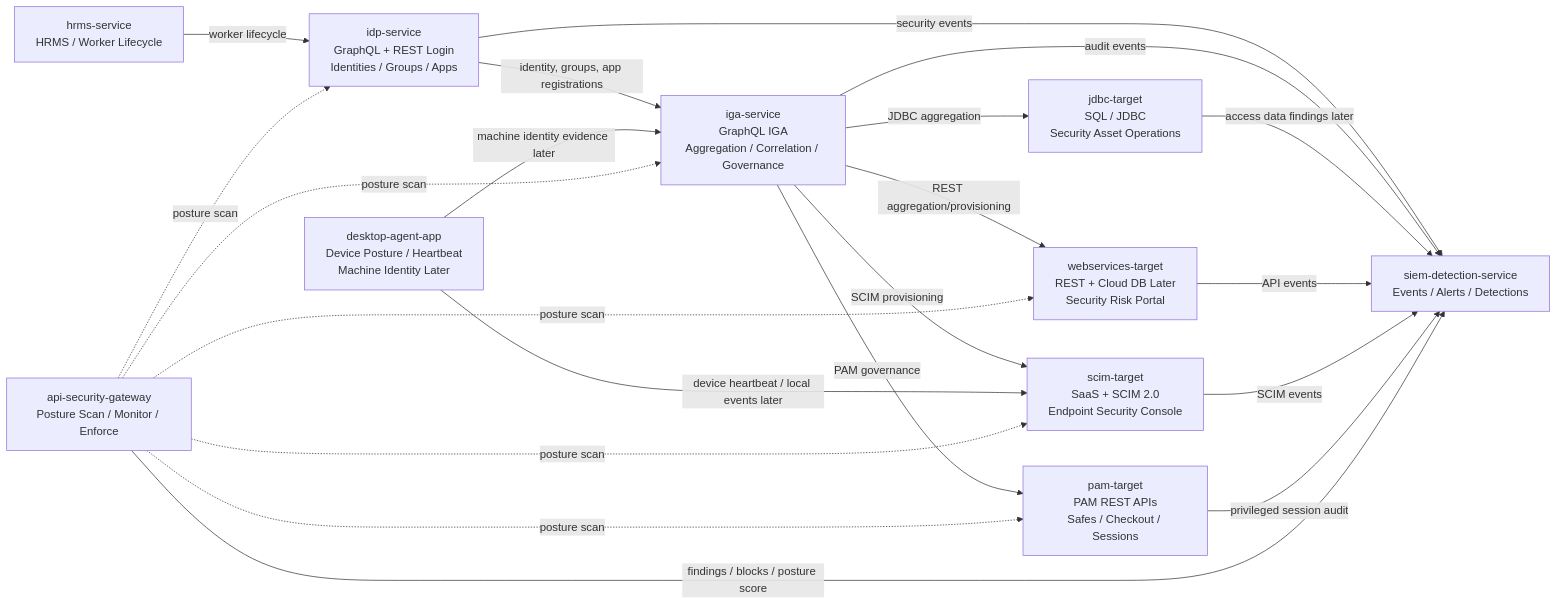
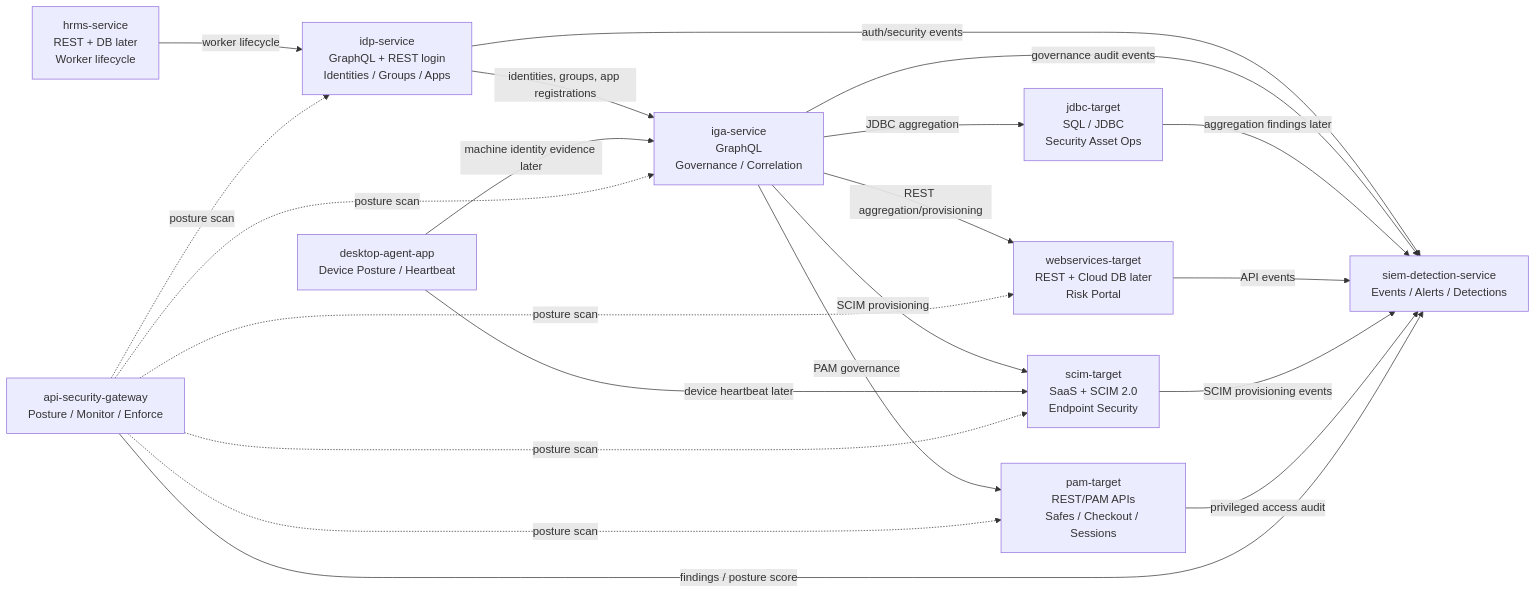
Before and after one commit to i-m-rish/luffy: the second of 15 diagrams in docs/diagrams.md, drawn with Mermaid. The commit also changed other lines of this file, not shown here.

Commit message:
Expand Mermaid diagrams documentation

````diff
--- a/docs/diagrams.md
+++ b/docs/diagrams.md
@@ -7,40 +51,40 @@
 ```mermaid
 flowchart LR
-    HRMS[hrms-service<br/>HRMS / Worker Lifecycle]
-    IDP[idp-service<br/>GraphQL + REST Login<br/>Identities / Groups / Apps]
-    IGA[iga-service<br/>GraphQL IGA<br/>Aggregation / Correlation / Governance]
+    HRMS[hrms-service<br/>REST + DB later<br/>Worker lifecycle]
+    IDP[idp-service<br/>GraphQL + REST login<br/>Identities / Groups / Apps]
+    IGA[iga-service<br/>GraphQL<br/>Governance / Correlation]
 
-    JDBC[jdbc-target<br/>SQL / JDBC<br/>Security Asset Operations]
-    WS[webservices-target<br/>REST + Cloud DB Later<br/>Security Risk Portal]
-    SCIM[scim-target<br/>SaaS + SCIM 2.0<br/>Endpoint Security Console]
-    PAM[pam-target<br/>PAM REST APIs<br/>Safes / Checkout / Sessions]
+    JDBC[jdbc-target<br/>SQL / JDBC<br/>Security Asset Ops]
+    WS[webservices-target<br/>REST + Cloud DB later<br/>Risk Portal]
+    SCIM[scim-target<br/>SaaS + SCIM 2.0<br/>Endpoint Security]
+    PAM[pam-target<br/>REST/PAM APIs<br/>Safes / Checkout / Sessions]
 
-    APIGW[api-security-gateway<br/>Posture Scan / Monitor / Enforce]
+    APIGW[api-security-gateway<br/>Posture / Monitor / Enforce]
     SIEM[siem-detection-service<br/>Events / Alerts / Detections]
-    DESKTOP[desktop-agent-app<br/>Device Posture / Heartbeat<br/>Machine Identity Later]
+    DESKTOP[desktop-agent-app<br/>Device Posture / Heartbeat]
 
     HRMS -->|worker lifecycle| IDP
-    IDP -->|identity, groups, app registrations| IGA
+    IDP -->|identities, groups, app registrations| IGA
 
     IGA -->|JDBC aggregation| JDBC
     IGA -->|REST aggregation/provisioning| WS
     IGA -->|SCIM provisioning| SCIM
     IGA -->|PAM governance| PAM
 
-    DESKTOP -->|device heartbeat / local events later| SCIM
+    DESKTOP -->|device heartbeat later| SCIM
     DESKTOP -->|machine identity evidence later| IGA
 
     APIGW -. posture scan .-> IDP
     APIGW -. posture scan .-> IGA
     APIGW -. posture scan .-> WS
     APIGW -. posture scan .-> SCIM
     APIGW -. posture scan .-> PAM
 
-    IDP -->|security events| SIEM
-    IGA -->|audit events| SIEM
-    JDBC -->|access data findings later| SIEM
+    IDP -->|auth/security events| SIEM
+    IGA -->|governance audit events| SIEM
+    JDBC -->|aggregation findings later| SIEM
     WS -->|API events| SIEM
-    SCIM -->|SCIM events| SIEM
-    PAM -->|privileged session audit| SIEM
-    APIGW -->|findings / blocks / posture score| SIEM
+    SCIM -->|SCIM provisioning events| SIEM
+    PAM -->|privileged access audit| SIEM
+    APIGW -->|findings / posture score| SIEM
 ```
````
